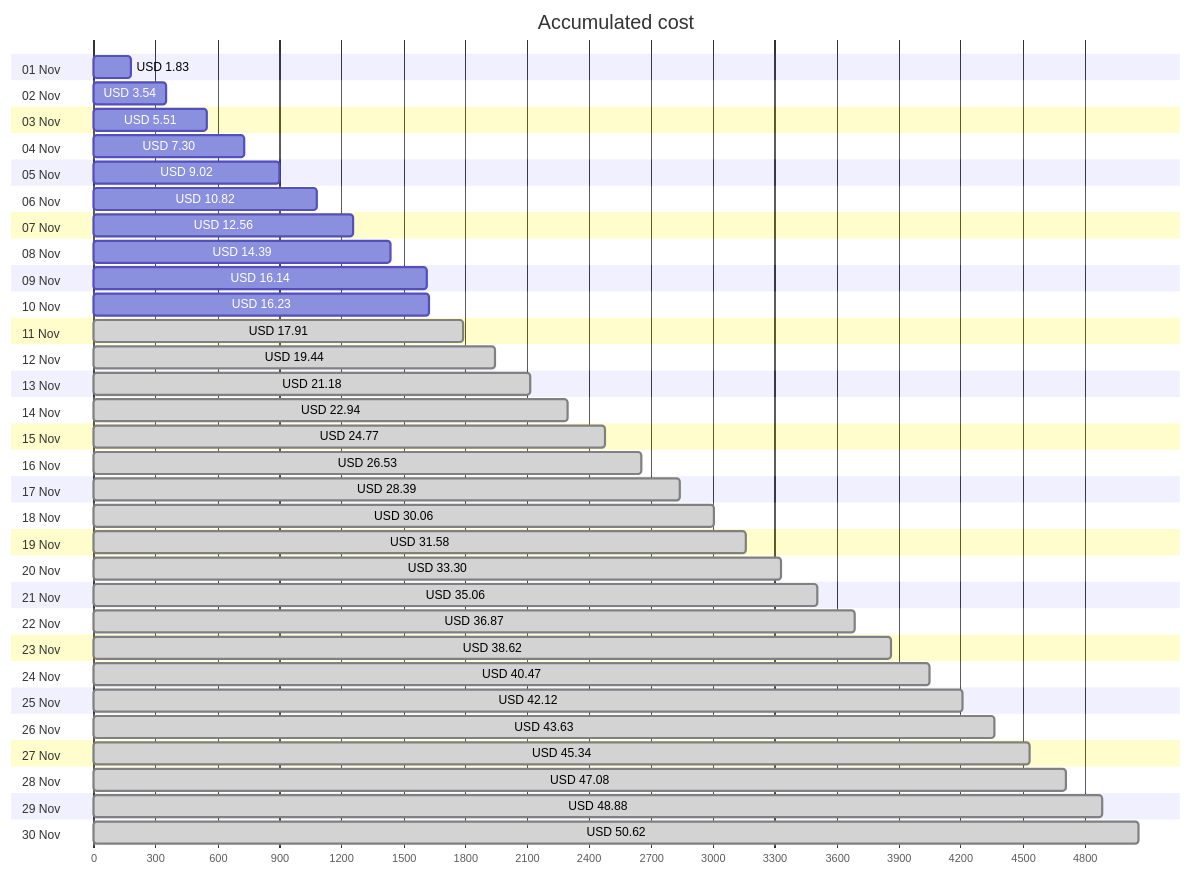
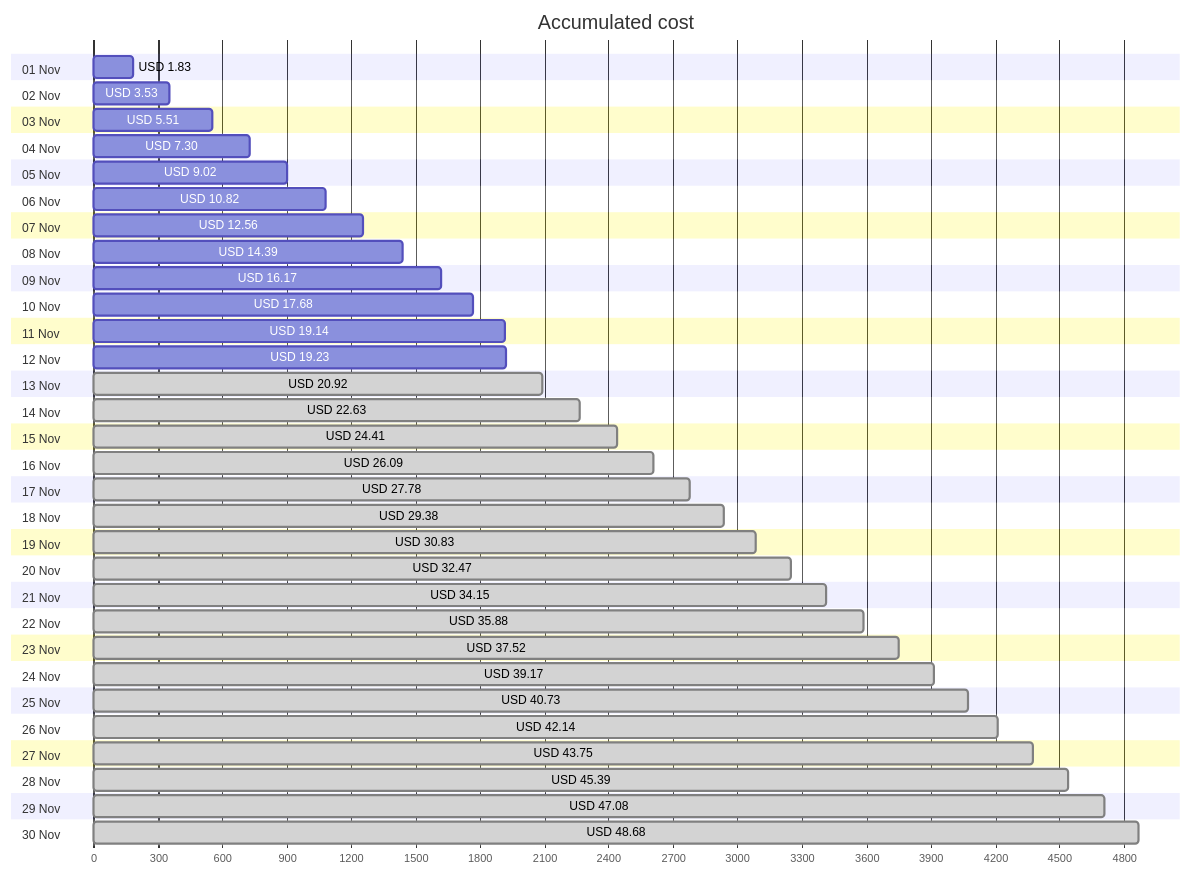
Before and after one commit to jpfulton/azure-personal-reports: the first of 4 diagrams in cost-reports/personal-network/README.md, drawn with Mermaid. The commit also changed other lines of this file and 8 other files, not shown here.

````diff
--- a/cost-reports/personal-network/README.md
+++ b/cost-reports/personal-network/README.md
@@ -20,66 +20,66 @@
 ```mermaid
 gantt
    title Accumulated cost
    dateFormat  X
    axisFormat %s
    section 01 Nov
    USD 1.83 :0, 183
    section 02 Nov
-   USD 3.54 :0, 354
+   USD 3.53 :0, 353
    section 03 Nov
    USD 5.51 :0, 551
    section 04 Nov
    USD 7.30 :0, 730
    section 05 Nov
    USD 9.02 :0, 902
    section 06 Nov
    USD 10.82 :0, 1082
    section 07 Nov
    USD 12.56 :0, 1256
    section 08 Nov
    USD 14.39 :0, 1439
    section 09 Nov
-   USD 16.14 :0, 1614
+   USD 16.17 :0, 1617
    section 10 Nov
-   USD 16.23 :0, 1623
+   USD 17.68 :0, 1768
    section 11 Nov
-   USD 17.91 : done, 0, 1791
+   USD 19.14 :0, 1914
    section 12 Nov
-   USD 19.44 : done, 0, 1944
+   USD 19.23 :0, 1923
    section 13 Nov
-   USD 21.18 : done, 0, 2118
+   USD 20.92 : done, 0, 2092
    section 14 Nov
-   USD 22.94 : done, 0, 2294
+   USD 22.63 : done, 0, 2263
    section 15 Nov
-   USD 24.77 : done, 0, 2477
+   USD 24.41 : done, 0, 2441
    section 16 Nov
-   USD 26.53 : done, 0, 2653
+   USD 26.09 : done, 0, 2609
    section 17 Nov
-   USD 28.39 : done, 0, 2839
+   USD 27.78 : done, 0, 2778
    section 18 Nov
-   USD 30.06 : done, 0, 3006
+   USD 29.38 : done, 0, 2938
    section 19 Nov
-   USD 31.58 : done, 0, 3158
+   USD 30.83 : done, 0, 3083
    section 20 Nov
-   USD 33.30 : done, 0, 3330
+   USD 32.47 : done, 0, 3247
    section 21 Nov
-   USD 35.06 : done, 0, 3506
+   USD 34.15 : done, 0, 3415
    section 22 Nov
-   USD 36.87 : done, 0, 3687
+   USD 35.88 : done, 0, 3588
    section 23 Nov
-   USD 38.62 : done, 0, 3862
+   USD 37.52 : done, 0, 3752
    section 24 Nov
-   USD 40.47 : done, 0, 4047
+   USD 39.17 : done, 0, 3917
    section 25 Nov
-   USD 42.12 : done, 0, 4212
+   USD 40.73 : done, 0, 4073
    section 26 Nov
-   USD 43.63 : done, 0, 4363
+   USD 42.14 : done, 0, 4214
    section 27 Nov
-   USD 45.34 : done, 0, 4534
+   USD 43.75 : done, 0, 4375
    section 28 Nov
+   USD 45.39 : done, 0, 4539
+   section 29 Nov
    USD 47.08 : done, 0, 4708
-   section 29 Nov
-   USD 48.88 : done, 0, 4888
    section 30 Nov
-   USD 50.62 : done, 0, 5062
+   USD 48.68 : done, 0, 4868
 ```
````
